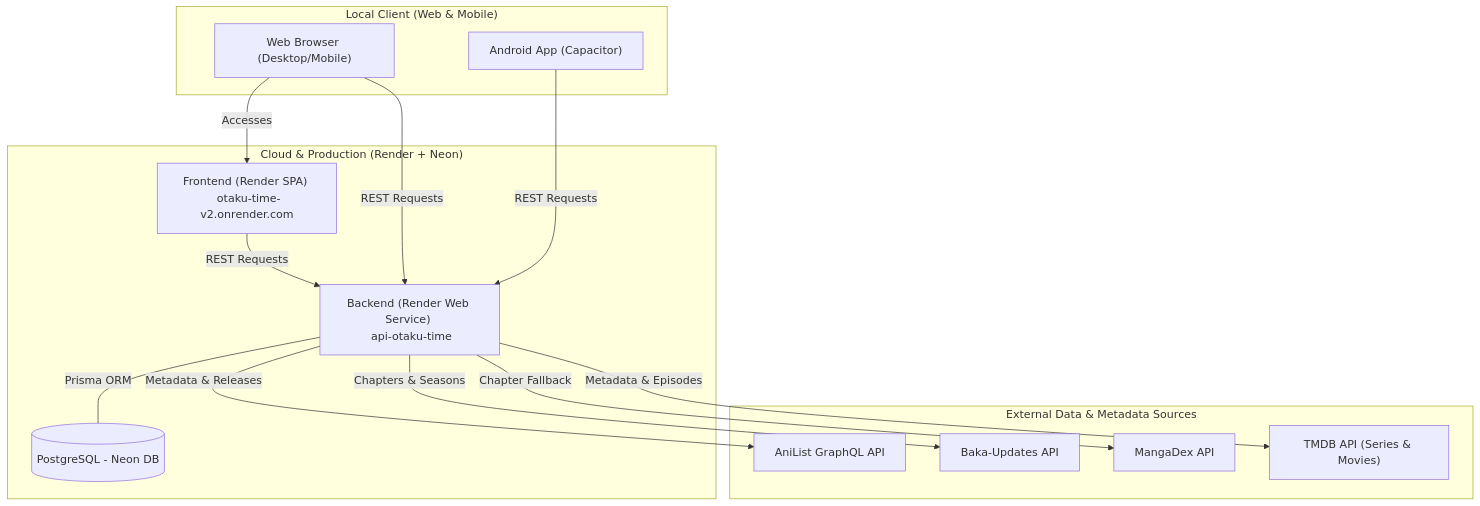
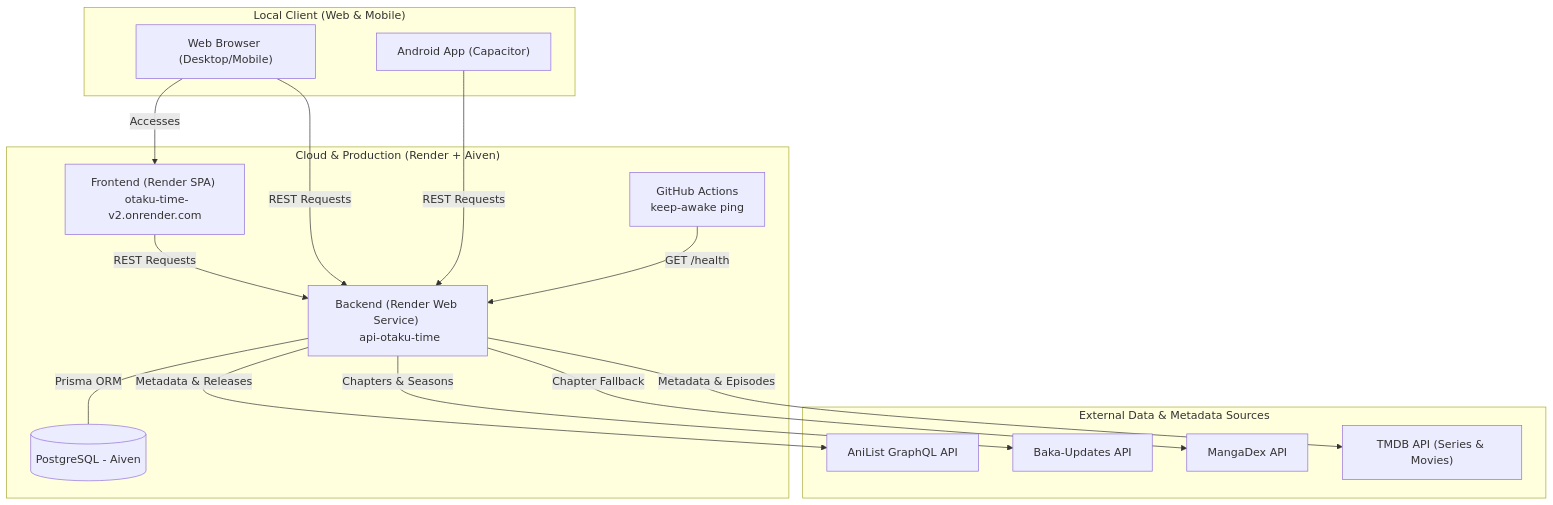
One commit to Braz55/Otaku-Time-v2 changed the first of 3 diagrams in README.md. Above: the diagram before and after it, drawn with Mermaid. The commit also changed other lines of this file, not shown here.

Commit message:
README atualizado (Aiven, remocao de subscricoes, novas funcionalidades, .env completo)

````diff
--- a/README.md
+++ b/README.md
@@ -128,34 +137,36 @@
 ```mermaid
 flowchart TD
-    subgraph Cloud ["Cloud & Production (Render + Neon)"]
+    subgraph Cloud ["Cloud & Production (Render + Aiven)"]
         FE_Render["Frontend (Render SPA) \n otaku-time-v2.onrender.com"]
         BE_Render["Backend (Render Web Service) \n api-otaku-time"]
-        DB_Neon[(PostgreSQL - Neon DB)]
+        DB_Aiven[(PostgreSQL - Aiven)]
+        GH_Actions["GitHub Actions \n keep-awake ping"]
     end
 
     subgraph Device ["Local Client (Web & Mobile)"]
         Browser["Web Browser (Desktop/Mobile)"]
         Capacitor["Android App (Capacitor)"]
     end
 
     subgraph External_Sources ["External Data & Metadata Sources"]
         AniList["AniList GraphQL API"]
         BakaUpdates["Baka-Updates API"]
         MangaDex["MangaDex API"]
         TMDB["TMDB API (Series & Movies)"]
     end
 
     %% Communication relationships
     Browser -->|Accesses| FE_Render
     
     FE_Render -->|REST Requests| BE_Render
     Browser -->|REST Requests| BE_Render
     Capacitor -->|REST Requests| BE_Render
     
-    BE_Render ---|"Prisma ORM"| DB_Neon
+    BE_Render ---|"Prisma ORM"| DB_Aiven
+    GH_Actions -->|"GET /health"| BE_Render
     
     BE_Render -->|Metadata & Releases| AniList
     BE_Render -->|Chapters & Seasons| BakaUpdates
     BE_Render -->|Chapter Fallback| MangaDex
     BE_Render -->|Metadata & Episodes| TMDB
 ```
````
